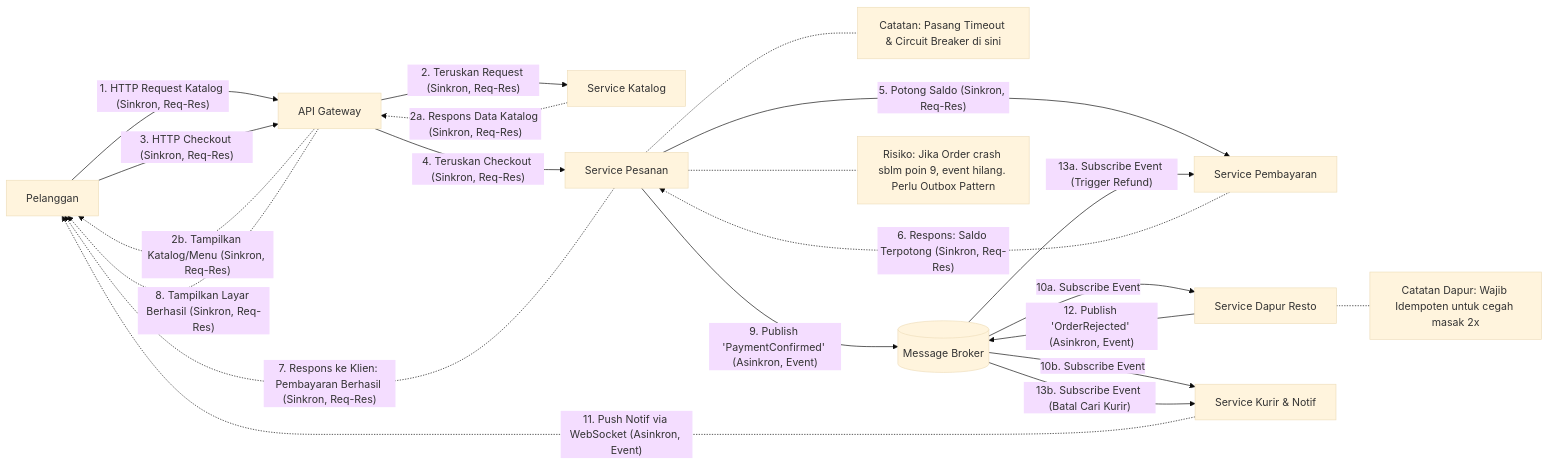
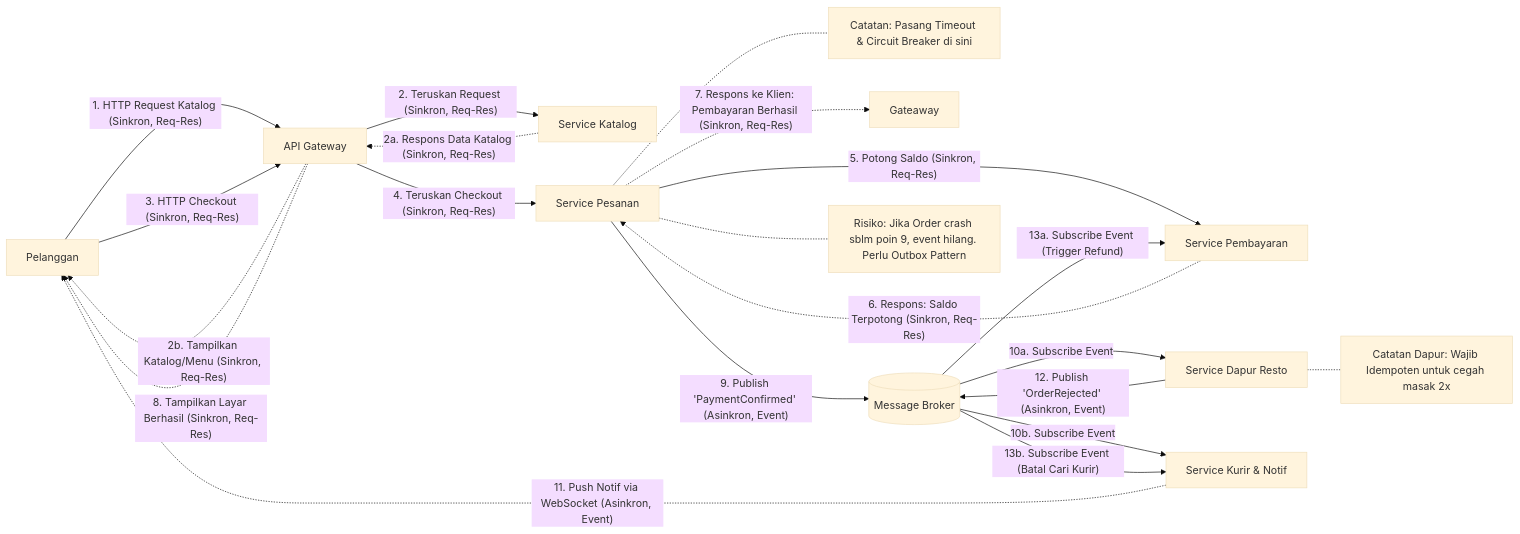
Before and after one commit to Enki1030/komputasi-awan-dan-terdistribusi: the diagram in tugas-02-perancangan-arsitektur/README.md, drawn with Mermaid (base theme).

````diff
--- a/tugas-02-perancangan-arsitektur/README.md
+++ b/tugas-02-perancangan-arsitektur/README.md
@@ -60,45 +60,45 @@
 ```mermaid
 graph LR
     Client[Pelanggan]
 
     %% Alur SOA / API (Sinkron, Request-Response)
     Client -->|"1. HTTP Request Katalog (Sinkron, Req-Res)"| Gateway[API Gateway]
     Gateway -->|"2. Teruskan Request (Sinkron, Req-Res)"| Katalog[Service Katalog]
 
     Katalog -.->|"2a. Respons Data Katalog (Sinkron, Req-Res)"| Gateway
     Gateway -.->|"2b. Tampilkan Katalog/Menu (Sinkron, Req-Res)"| Client
     
     Client -->|"3. HTTP Checkout (Sinkron, Req-Res)"| Gateway
     Gateway -->|"4. Teruskan Checkout (Sinkron, Req-Res)"| Order[Service Pesanan]
     
     Order -->|"5. Potong Saldo (Sinkron, Req-Res)"| Payment[Service Pembayaran]
     
     %% Catatan untuk ketahanan SOA kita ubah menjadi kotak label biasa
     Note1[Catatan: Pasang Timeout & Circuit Breaker di sini]
     Order -.- Note1
     
     Payment -.->|"6. Respons: Saldo Terpotong (Sinkron, Req-Res)"| Order
-    Order -.->|"7. Respons ke Klien: Pembayaran Berhasil (Sinkron, Req-Res)"| Client
+    Order -.->|"7. Respons ke Klien: Pembayaran Berhasil (Sinkron, Req-Res)"| Gateaway
     Gateway -.->|"8. Tampilkan Layar Berhasil (Sinkron, Req-Res)"| Client
 
     %% Alur Pub-Sub (Asinkron, Event-Driven)
     Order -->|"9. Publish 'PaymentConfirmed' (Asinkron, Event)"| Broker[(Message Broker)]
     
     %% Catatan Risiko Crash kita hubungkan dengan garis putus-putus
     Note2[Risiko: Jika Order crash sblm poin 9, event hilang. Perlu Outbox Pattern]
     Order -.- Note2
 
     Broker -->|"10a. Subscribe Event"| Dapur[Service Dapur Resto]
     Broker -->|"10b. Subscribe Event"| Kurir[Service Kurir & Notif]
     
     Note3[Catatan Dapur: Wajib Idempoten untuk cegah masak 2x]
     Dapur -.- Note3
 
     %% Penyampaian Notifikasi ke Klien
     Kurir -.->|"11. Push Notif via WebSocket (Asinkron, Event)"| Client
 
     %% Jalur Kompensasi (Saga) Jika Dapur Menolak
     Dapur -->|"12. Publish 'OrderRejected' (Asinkron, Event)"| Broker
     Broker -->|"13a. Subscribe Event (Trigger Refund)"| Payment
     Broker -->|"13b. Subscribe Event (Batal Cari Kurir)"| Kurir
 ```
````
